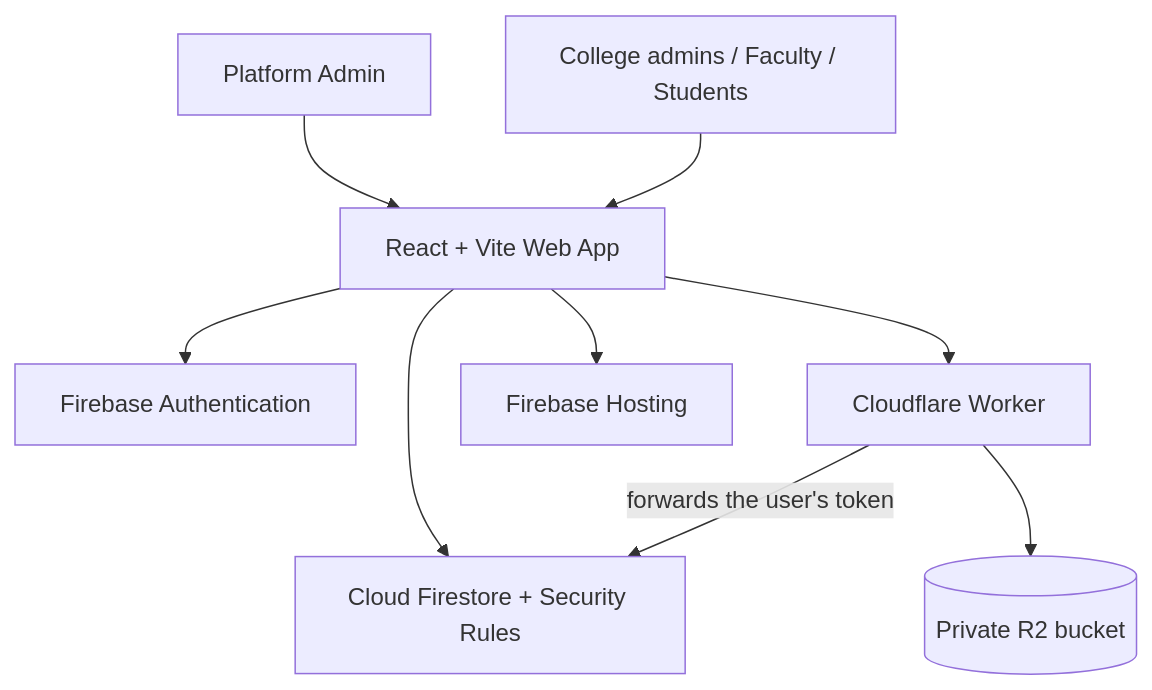
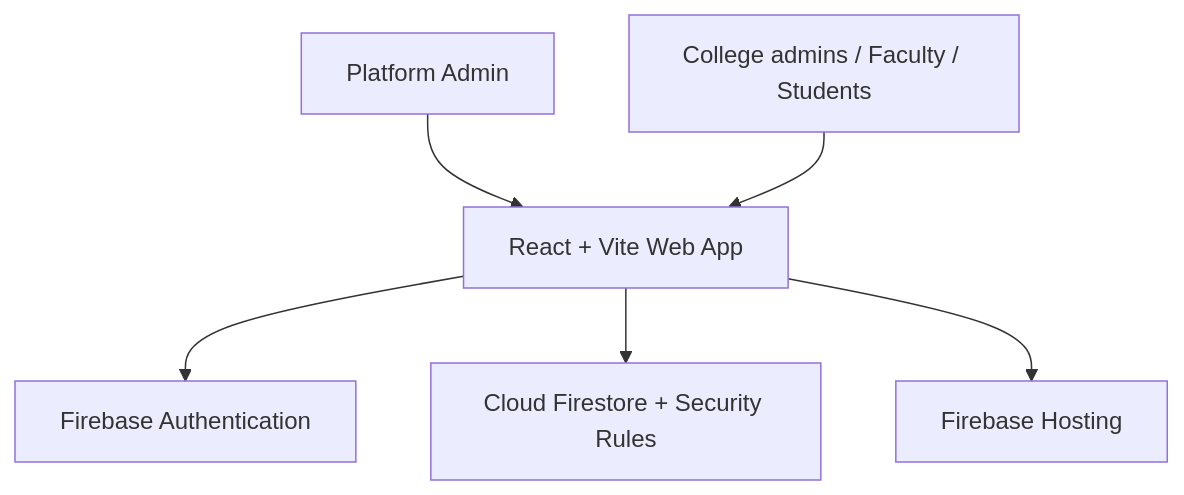
The diagram in system_design.md (KoushikMallik-developer/techomato-college-erp), drawn with Mermaid before and after one commit. The commit also changed other lines of this file and 13 other files, not shown here.

Commit message:
Store files inside Firestore; remove the Cloudflare Worker and R2

````diff
--- a/system_design.md
+++ b/system_design.md
@@ -29,11 +29,8 @@
 ```mermaid
 flowchart TD
     P[Platform Admin] --> WEB
     U[College admins / Faculty / Students] --> WEB[React + Vite Web App]
     WEB --> AUTH[Firebase Authentication]
     WEB --> FS[Cloud Firestore + Security Rules]
-    WEB --> WK[Cloudflare Worker]
-    WK --> R2[(Private R2 bucket)]
-    WK -->|forwards the user's token| FS
     WEB --> HOST[Firebase Hosting]
 ```
````
